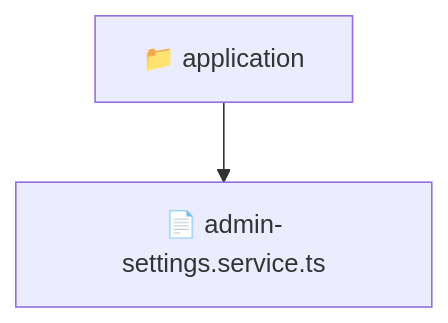
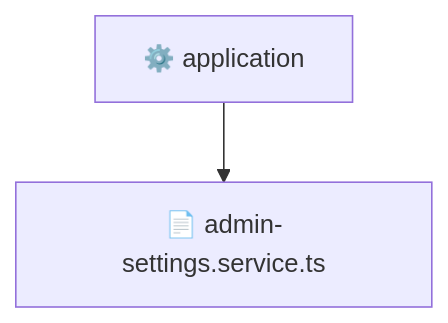
One commit to beginwebdev2002/fullstack-mavluda changed the diagram in backend/src/modules/admin-settings/application/README.md. Above: the diagram before and after it, drawn with Mermaid. The commit also changed other lines of this file and 165 other files, not shown here.

First line of the commit message:
docs: generate localized architectural READMEs

````diff
--- a/backend/src/modules/admin-settings/application/README.md
+++ b/backend/src/modules/admin-settings/application/README.md
@@ -10,5 +11,5 @@
 ```mermaid
 graph TD
-  Root["📁 application"]
-  Root --> adminsettingsservicets["📄 admin-settings.service.ts"]
+  application["⚙️ application"]
+  application --> admin_settings_service_ts["📄 admin-settings.service.ts"]
 ```
````
